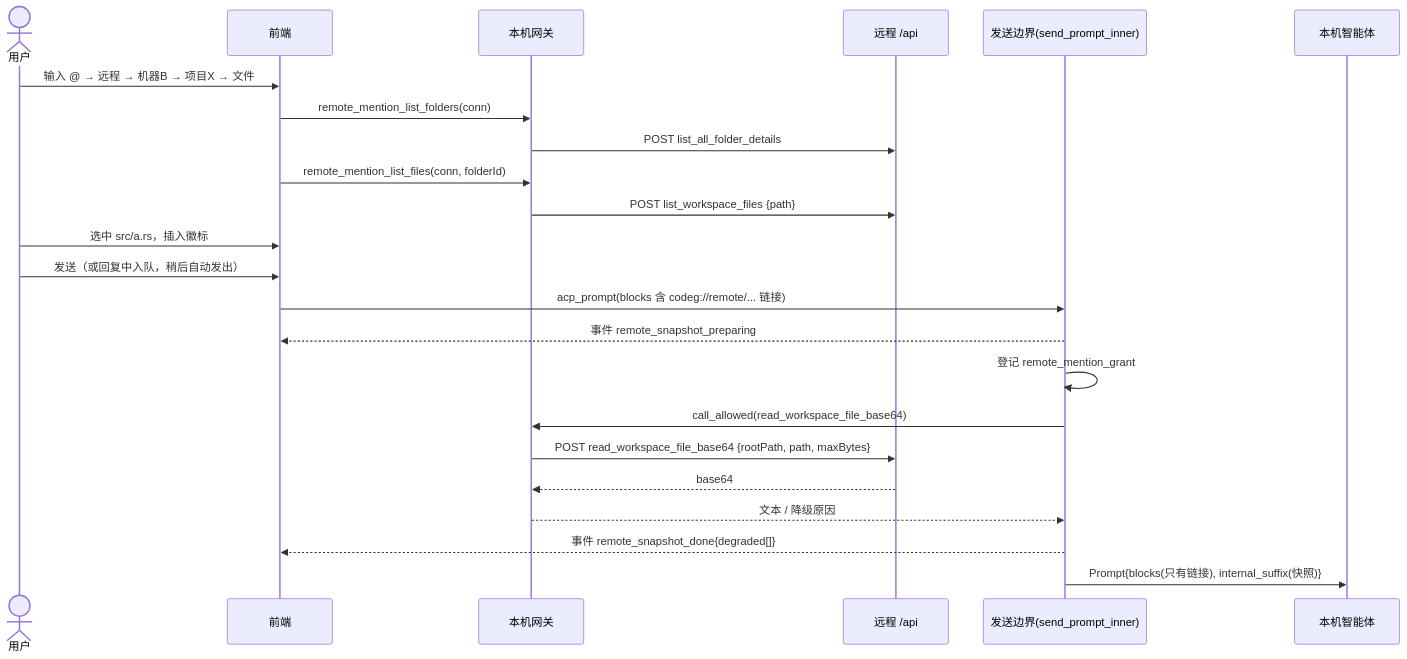
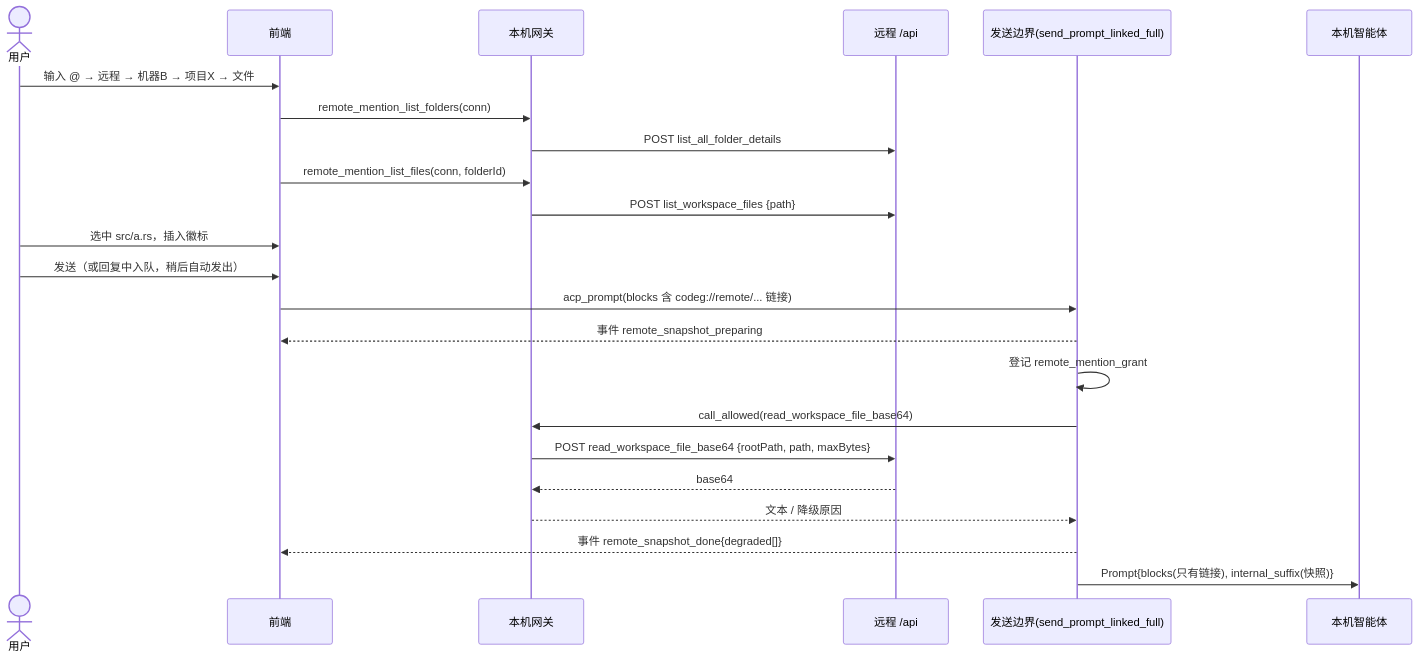
The third of 7 diagrams in docs/superpowers/specs/2026-11-11-remote-mention-详细设计说明书.md (EvanZheng11/beecode), drawn with Mermaid before and after one commit. The commit also changed other lines of this file, not shown here.

Commit message:
docs: 快照放到 send_prompt_linked_full，与 hydrate_prompt_blocks 同处

````diff
--- a/docs/superpowers/specs/2026-11-11-remote-mention-详细设计说明书.md
+++ b/docs/superpowers/specs/2026-11-11-remote-mention-详细设计说明书.md
@@ -533,25 +533,25 @@
 ```mermaid
 sequenceDiagram
   actor U as 用户
   participant FE as 前端
   participant GW as 本机网关
   participant R as 远程 /api
-  participant SN as 发送边界(send_prompt_inner)
+  participant SN as 发送边界(send_prompt_linked_full)
   participant AG as 本机智能体
   U->>FE: 输入 @ → 远程 → 机器B → 项目X → 文件
   FE->>GW: remote_mention_list_folders(conn)
   GW->>R: POST list_all_folder_details
   FE->>GW: remote_mention_list_files(conn, folderId)
   GW->>R: POST list_workspace_files {path}
   U->>FE: 选中 src/a.rs，插入徽标
   U->>FE: 发送（或回复中入队，稍后自动发出）
   FE->>SN: acp_prompt(blocks 含 codeg://remote/... 链接)
   SN-->>FE: 事件 remote_snapshot_preparing
   SN->>SN: 登记 remote_mention_grant
   SN->>GW: call_allowed(read_workspace_file_base64)
   GW->>R: POST read_workspace_file_base64 {rootPath, path, maxBytes}
   R-->>GW: base64
   GW-->>SN: 文本 / 降级原因
   SN-->>FE: 事件 remote_snapshot_done{degraded[]}
   SN->>AG: Prompt{blocks(只有链接), internal_suffix(快照)}
 ```
````
